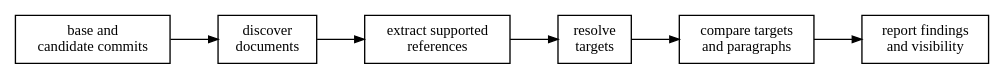
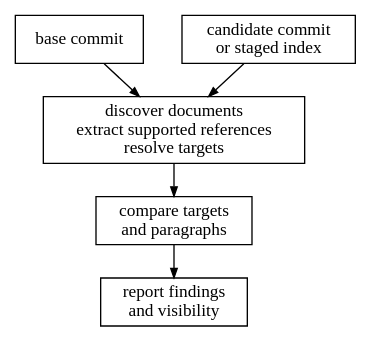
One commit to HardMax71/amiss changed the diagram in docs/src/introduction.md. Above: the diagram before and after it, drawn with Graphviz. The commit also changed other lines of this file and 3 other files, not shown here.

````diff
--- a/docs/src/introduction.md
+++ b/docs/src/introduction.md
@@ -10,14 +11,17 @@
 ```dot process
 digraph introduction {
-  rankdir = LR;
-  node [shape = box, fontname = "Latin Modern, Georgia, serif", fontsize = 11];
-  edge [arrowsize = 0.7, fontname = "Latin Modern, Georgia, serif", fontsize = 10];
-  states   [label = "base and\ncandidate commits"];
-  discover [label = "discover\ndocuments"];
-  extract  [label = "extract supported\nreferences"];
-  resolve  [label = "resolve\ntargets"];
-  compare  [label = "compare targets\nand paragraphs"];
-  report   [label = "report findings\nand visibility"];
-  states -> discover -> extract -> resolve -> compare -> report;
+  rankdir = TB;
+  nodesep = 0.4;
+  ranksep = 0.35;
+  node [shape = box, fontname = "Latin Modern, Georgia, serif", fontsize = 13];
+  edge [arrowsize = 0.7];
+  base      [label = "base commit"];
+  candidate [label = "candidate commit\nor staged index"];
+  read      [label = "discover documents\nextract supported references\nresolve targets"];
+  compare   [label = "compare targets\nand paragraphs"];
+  report    [label = "report findings\nand visibility"];
+  base -> read;
+  candidate -> read;
+  read -> compare -> report;
 }
 ```
````
